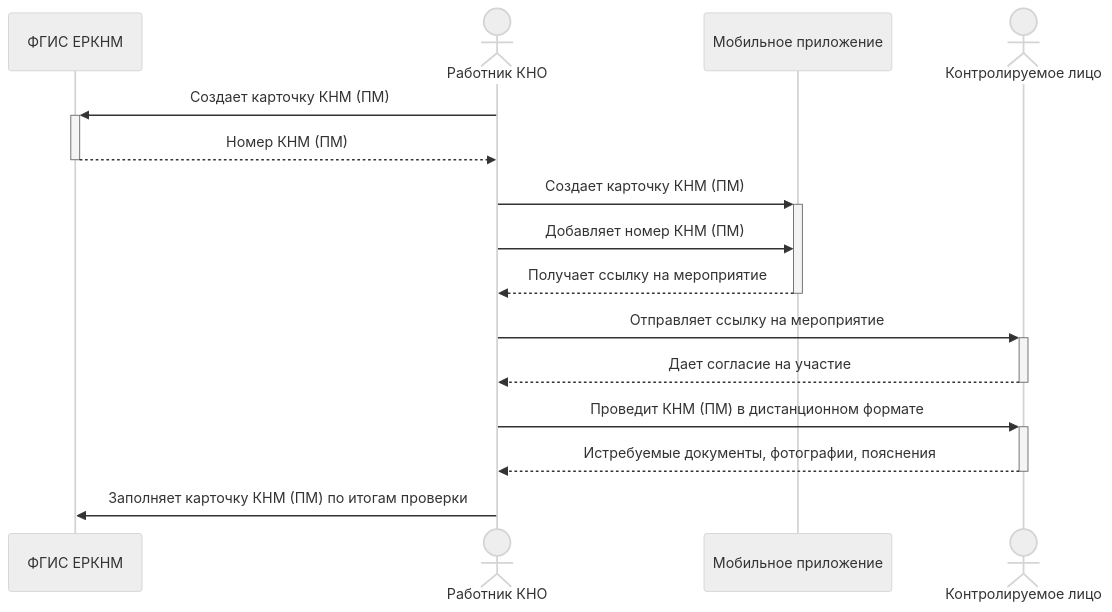
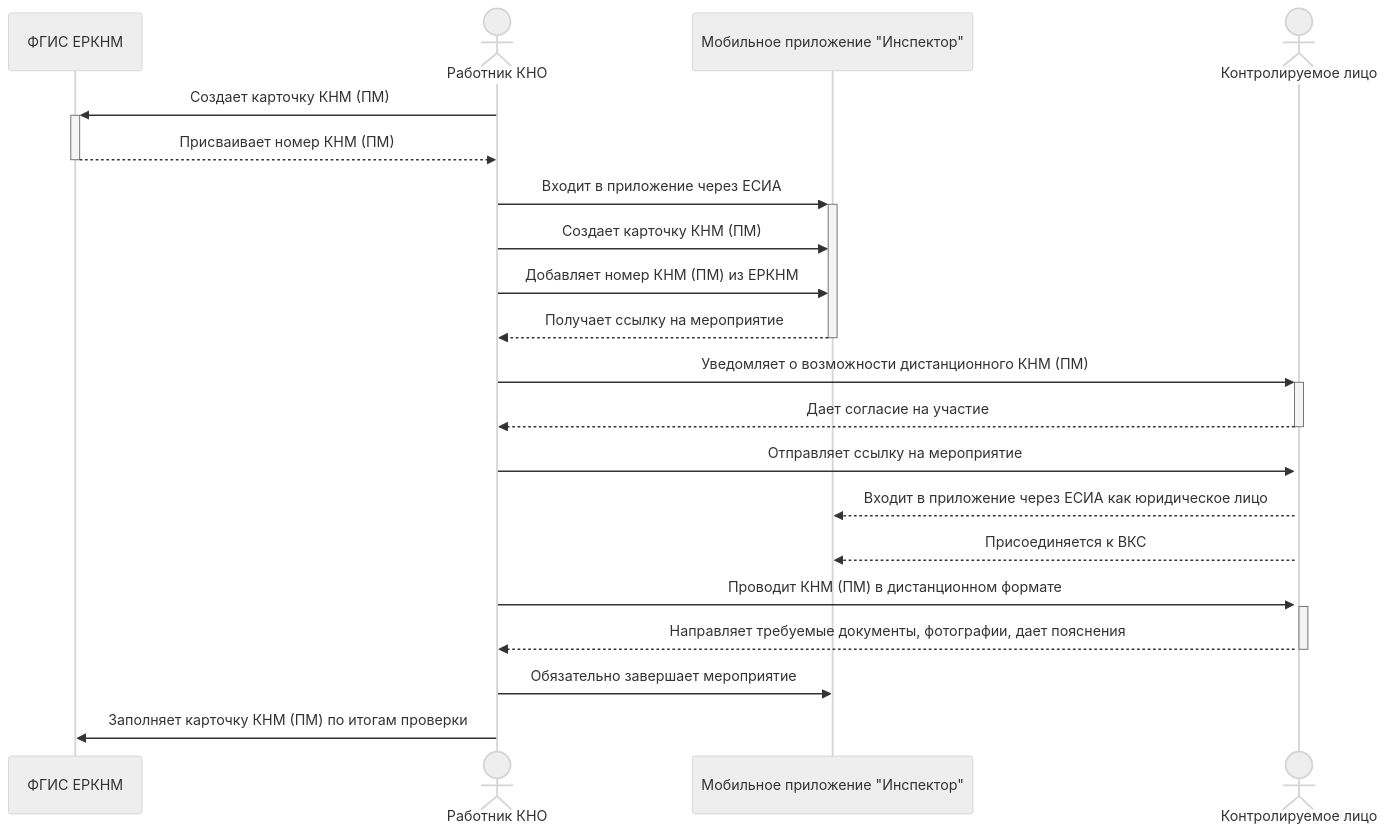
The second of 4 diagrams in mp-erknm-knd.md (dzungram/charts-schemes), drawn with Mermaid (neutral theme) before and after one commit. The commit also changed other lines of this file, not shown here.

````diff
--- a/mp-erknm-knd.md
+++ b/mp-erknm-knd.md
@@ -119,21 +109,27 @@
 ```mermaid
 sequenceDiagram
     participant Erknm as ФГИС ЕРКНМ
     actor Inspector as Работник КНО
-    participant Mobile as Мобильное приложение
+    participant Mobile as Мобильное приложение "Инспектор"
     actor Kl as Контролируемое лицо
     
     Inspector->>+Erknm: Создает карточку КНМ (ПМ)
-    Erknm-->>-Inspector: Номер КНМ (ПМ)
+    Erknm-->>-Inspector: Присваивает номер КНМ (ПМ)
     
-    Inspector->>+Mobile: Создает карточку КНМ (ПМ)
-    Inspector->>Mobile: Добавляет номер КНМ (ПМ)
+    Inspector->>+Mobile: Входит в приложение через ЕСИА
+    Inspector->>Mobile: Создает карточку КНМ (ПМ)
+    Inspector->>Mobile: Добавляет номер КНМ (ПМ) из ЕРКНМ
     Mobile-->>-Inspector: Получает ссылку на мероприятие
 
+    Inspector->>+Kl: Уведомляет о возможности дистанционного КНМ (ПМ)
+    Kl-->>-Inspector: Дает согласие на участие
     Inspector->>+Kl: Отправляет ссылку на мероприятие
-    Kl-->>-Inspector: Дает согласие на участие
-    Inspector->>+Kl: Проведит КНМ (ПМ) в дистанционном формате
-    Kl-->>-Inspector: Истребуемые документы, фотографии, пояснения
+    Kl-->>Mobile: Входит в приложение через ЕСИА как юридическое лицо
+    Kl-->>Mobile: Присоединяется к ВКС
+    Inspector->>+Kl: Проводит КНМ (ПМ) в дистанционном формате
+    Kl-->>-Inspector: Направляет требуемые документы, фотографии, дает пояснения
+    
+    Inspector->>Mobile: Обязательно завершает мероприятие
 
     Inspector->>Erknm: Заполняет карточку КНМ (ПМ) по итогам проверки
 ```
````
